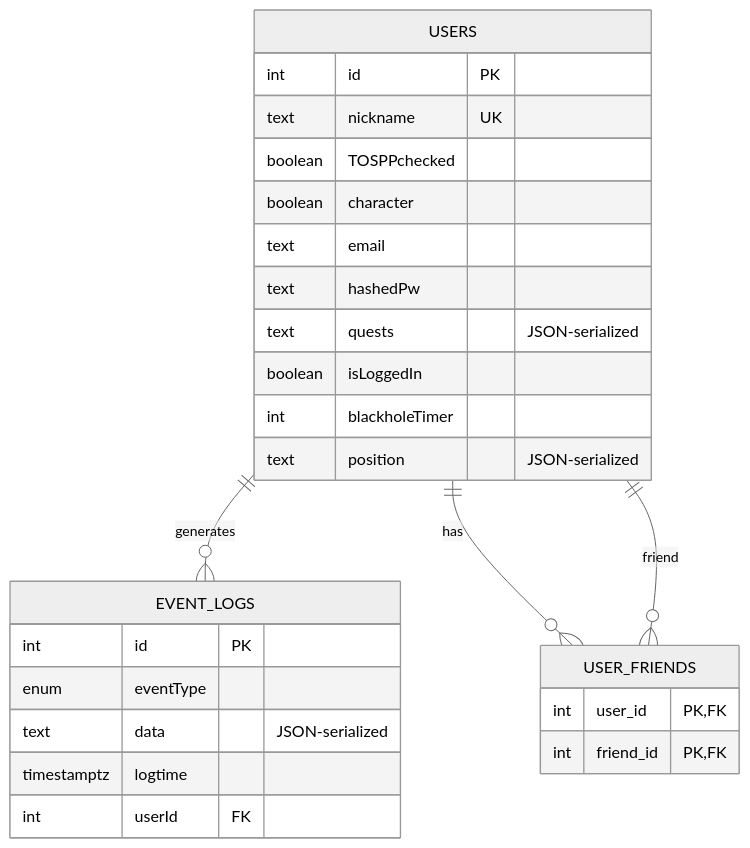
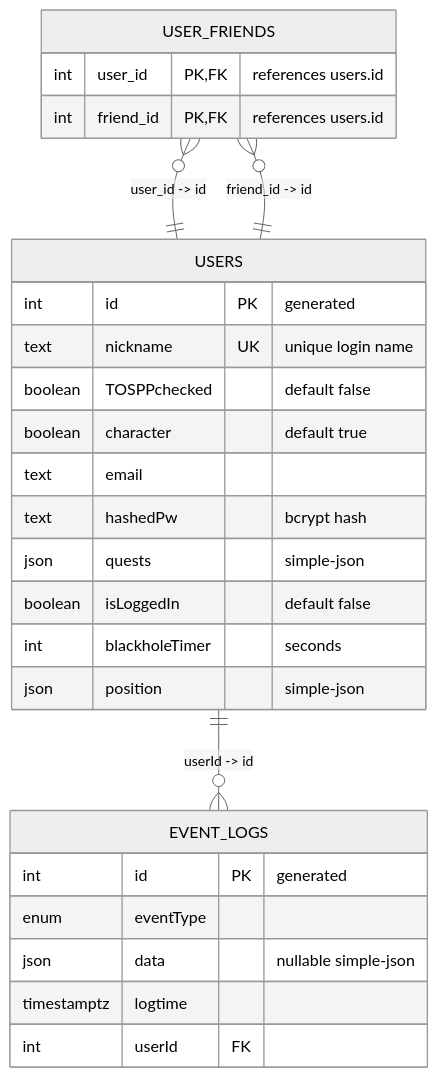
The diagram in README.md (mofrim/42-transcendence), drawn with Mermaid (neutral theme) before and after one commit. The commit also changed other lines of this file, not shown here.

Commit message:
docs: changes in mermaid table after Ormtypes changes

````diff
--- a/README.md
+++ b/README.md
@@ -541,32 +541,32 @@
 ```mermaid
 erDiagram
-    USERS ||--o{ EVENT_LOGS : generates
-    USERS ||--o{ USER_FRIENDS : has
-    USERS ||--o{ USER_FRIENDS : friend
+    USERS ||--o{ EVENT_LOGS : "userId -> id"
+    USER_FRIENDS }o--|| USERS : "user_id -> id"
+    USER_FRIENDS }o--|| USERS : "friend_id -> id"
 
     USERS {
-        int id PK
-        text nickname UK
-        boolean TOSPPchecked
-        boolean character
+        int id PK "generated"
+        text nickname UK "unique login name"
+        boolean TOSPPchecked "default false"
+        boolean character "default true"
         text email
-        text hashedPw
-        text quests "JSON-serialized"
-        boolean isLoggedIn
-        int blackholeTimer
-        text position "JSON-serialized"
+        text hashedPw "bcrypt hash"
+        json quests "simple-json"
+        boolean isLoggedIn "default false"
+        int blackholeTimer "seconds"
+        json position "simple-json"
     }
 
     EVENT_LOGS {
-        int id PK
+        int id PK "generated"
         enum eventType
-        text data "JSON-serialized"
+        json data "nullable simple-json"
         timestamptz logtime
         int userId FK
     }
 
     USER_FRIENDS {
-        int user_id PK, FK
-        int friend_id PK, FK
+        int user_id PK, FK "references users.id"
+        int friend_id PK, FK "references users.id"
     }
 ```
````
